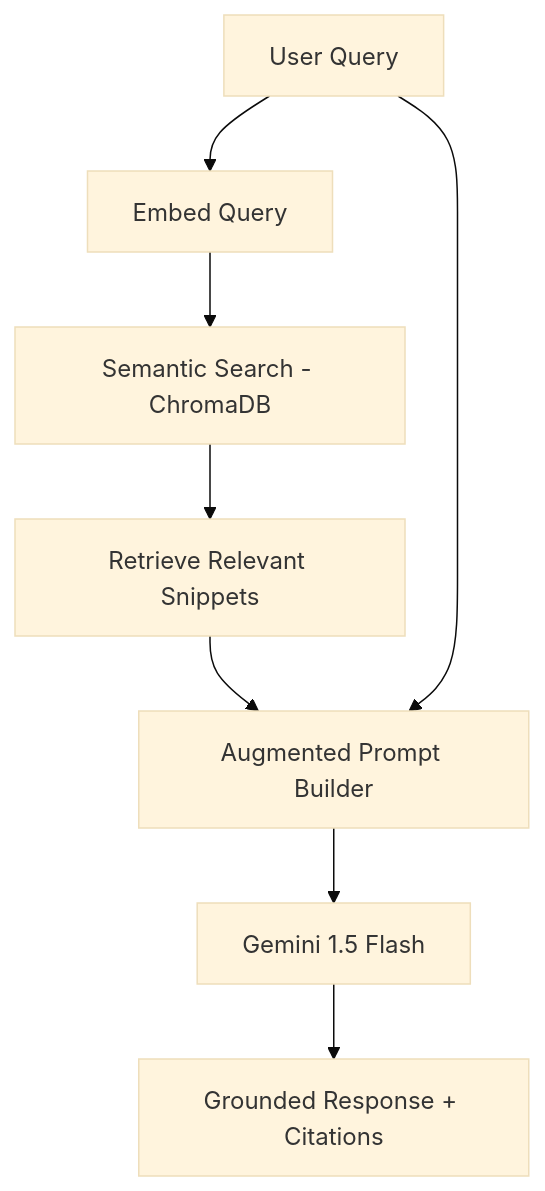
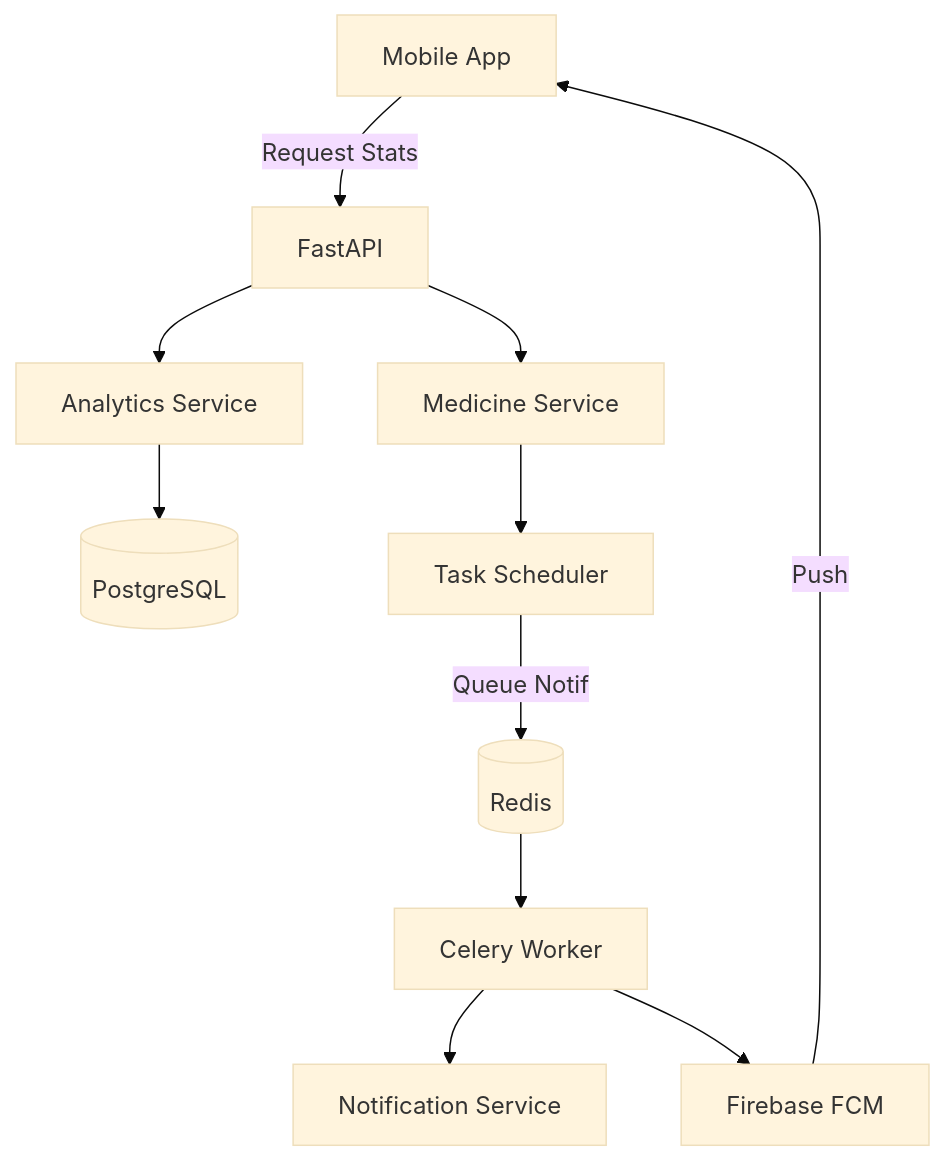
One commit to KotlinFiroj/Ai-HealthCare-App changed the diagram in .artifacts/4dc8775b-7ddf-49a0-b4e6-8fda79cbdfec/implementation_plan.artifact.md. Above: the diagram before and after it, drawn with Mermaid (base theme). The commit also changed other lines of this file and 12 other files, not shown here.

Commit message:
Implement Phase 26: Analytics, Notifications & Admin Services; add endpoints for health statistics and admin controls; introduce analytics service for health score and trends; integrate Firebase Cloud Messaging for push notifications; enhance user model with admin privileges and FCM token support.

````diff
--- a/.artifacts/4dc8775b-7ddf-49a0-b4e6-8fda79cbdfec/implementation_plan.artifact.md
+++ b/.artifacts/4dc8775b-7ddf-49a0-b4e6-8fda79cbdfec/implementation_plan.artifact.md
@@ -55,10 +53,14 @@
 ```mermaid
 graph TD
-    Query[User Query] --> Embed[Embed Query]
-    Embed --> Search[Semantic Search - ChromaDB]
-    Search --> Context[Retrieve Relevant Snippets]
-    Context --> Prompt[Augmented Prompt Builder]
-    Query --> Prompt
-    Prompt --> Gemini[Gemini 1.5 Flash]
-    Gemini --> Response[Grounded Response + Citations]
+    User[Mobile App] -->|Request Stats| API[FastAPI]
+    API --> AS[Analytics Service]
+    AS --> DB[(PostgreSQL)]
+
+    API --> MS[Medicine Service]
+    MS --> TS[Task Scheduler]
+    TS -->|Queue Notif| Redis[(Redis)]
+    Redis --> Worker[Celery Worker]
+    Worker --> NS[Notification Service]
+    Worker --> FCM[Firebase FCM]
+    FCM -->|Push| User
 ```
````
